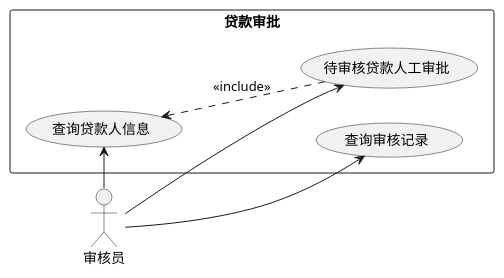
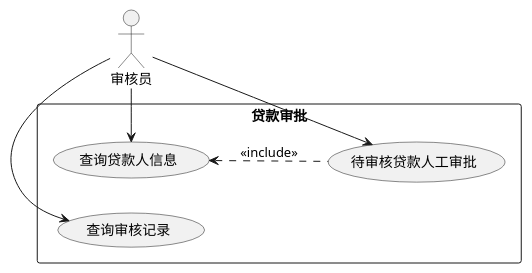
One commit to sam5053/Integrated-Design changed the diagram in 系统用例设计/用例图/审核.pu. Above: the diagram before and after it, drawn with PlantUML. The commit also changed 8 other files, not shown here.

Commit message:
修改了用例图

```diff
--- a/系统用例设计/用例图/审核.pu
+++ b/系统用例设计/用例图/审核.pu
@@ -1,17 +1,16 @@
-@startuml
+@startuml 审核
 
 left to right direction
 actor 审核员 as admin 
 
 rectangle "贷款审批" as system {
     usecase "查询贷款人信息" as UC1
     usecase "待审核贷款人工审批" as UC2
     usecase "查询审核记录" as UC3
 }
 UC1 <.. UC2 : <<include>>
-UC3 <-[hidden]right- UC2
 admin -> UC1 
 admin -> UC2
 admin -> UC3
 
 @enduml
```
